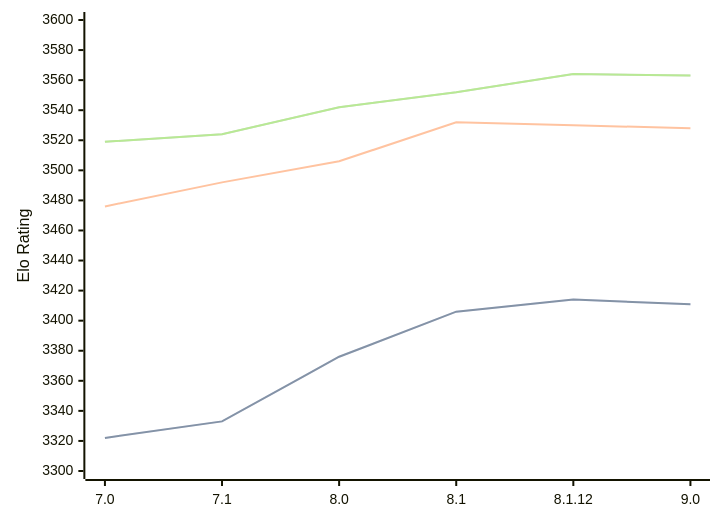
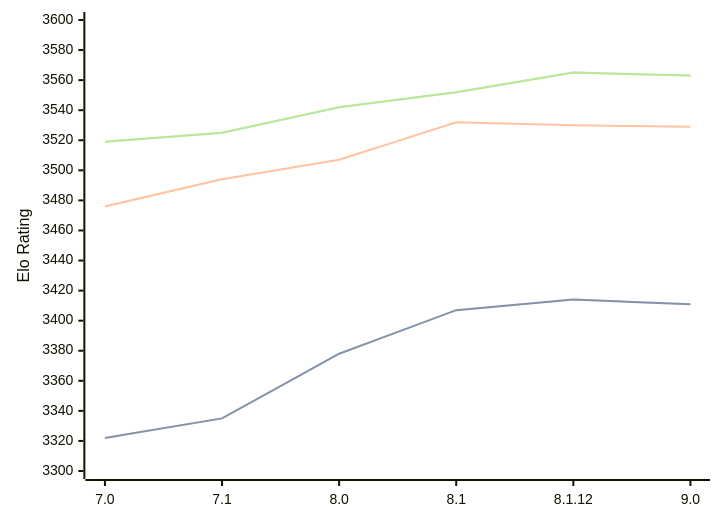
The diagram in engines/Alexandria.md (computer-chess-index/cci), drawn with Mermaid before and after one commit. The commit also changed other lines of this file, not shown here.

Commit message:
Update CCI Ratings (ELO VLTC) - 2026-05-22

````diff
--- a/engines/Alexandria.md
+++ b/engines/Alexandria.md
@@ -55,11 +55,11 @@
 ```mermaid
 %%{init: {"theme":"base","themeVariables":{"seriesColors:['#a3a3a3','#222221','#faa371']}}}%%
 xychart-beta
   x-axis ["7.0", "7.1", "8.0", "8.1", "8.1.12", "9.0"]
   y-axis "Elo Rating" 3300 --> 3600
-  line "STC (8.0+0.08s)" [3322, 3333, 3376, 3406, 3414, 3411]
-  line "STC (8.0+0.08s)" [3322, 3333, 3376, 3406, 3414, 3411]
-  line "LTC (60.0+0.60s)" [3476, 3492, 3506, 3532, 3530, 3528]
-  line "VLTC (2m24s+1.12s)" [3519, 3524, 3542, 3552, 3564, 3563]
-  line "VLTC (2m24s+1.12s)" [3519, 3524, 3542, 3552, 3564, 3563]
+  line "STC (8.0+0.08s)" [3322, 3335, 3378, 3407, 3414, 3411]
+  line "STC (8.0+0.08s)" [3322, 3335, 3378, 3407, 3414, 3411]
+  line "LTC (60.0+0.60s)" [3476, 3494, 3507, 3532, 3530, 3529]
+  line "VLTC (2m24s+1.12s)" [3519, 3525, 3542, 3552, 3565, 3563]
+  line "VLTC (2m24s+1.12s)" [3519, 3525, 3542, 3552, 3565, 3563]
 ```
````
